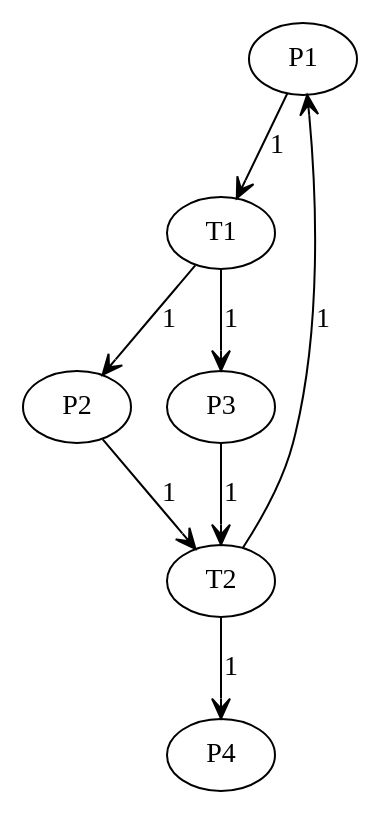
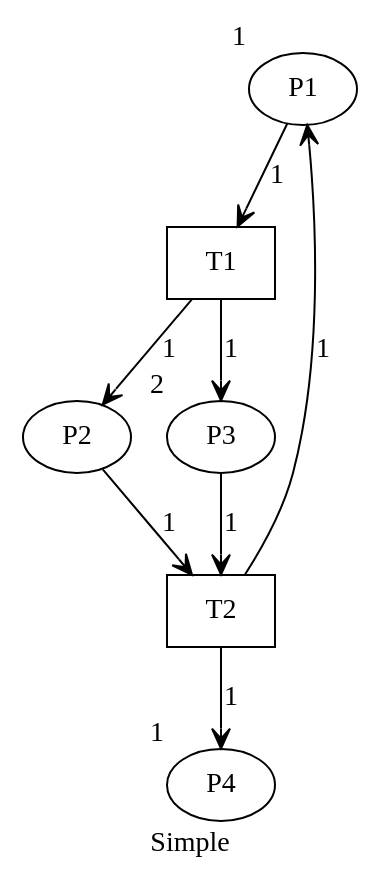
Before and after one commit to louis-thevenet/n7-mini-projet-IDM: the diagram in src/fr.n7.petriNet.todot/output/Simple.dot, drawn with Graphviz. The commit also changed 59 other files, not shown here.

```diff
--- a/src/fr.n7.petriNet.todot/output/Simple.dot
+++ b/src/fr.n7.petriNet.todot/output/Simple.dot
@@ -1,11 +1,19 @@
 digraph Simple {
+label=Simple
 
-P1 -> T1 [arrowhead=vee label=1]
-T1 -> P2 [arrowhead=vee label=1]
-T1 -> P3 [arrowhead=vee label=1]
-P2 -> T2 [arrowhead=vee label=1]
-P3 -> T2 [arrowhead=vee label=1]
-T2 -> P4 [arrowhead=vee label=1]
-T2 -> P1 [arrowhead=vee label=1]
+P1 [xlabel=1];
+P2 ;
+P3 [xlabel=2];
+P4 [xlabel=1];
+T1 [shape=rectangle];
+T2 [shape=rectangle];
+
+P1 -> T1  [arrowhead=vee]  [label=1];
+T1 -> P2  [arrowhead=vee]  [label=1];
+T1 -> P3  [arrowhead=vee]  [label=1];
+P2 -> T2  [arrowhead=vee]  [label=1];
+P3 -> T2  [arrowhead=vee]  [label=1];
+T2 -> P4  [arrowhead=vee]  [label=1];
+T2 -> P1  [arrowhead=vee]  [label=1];
 
 }
```
